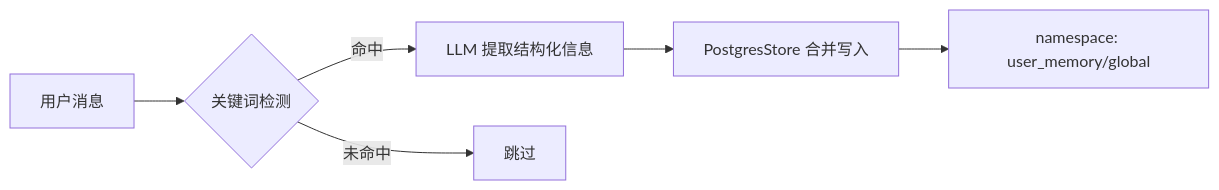
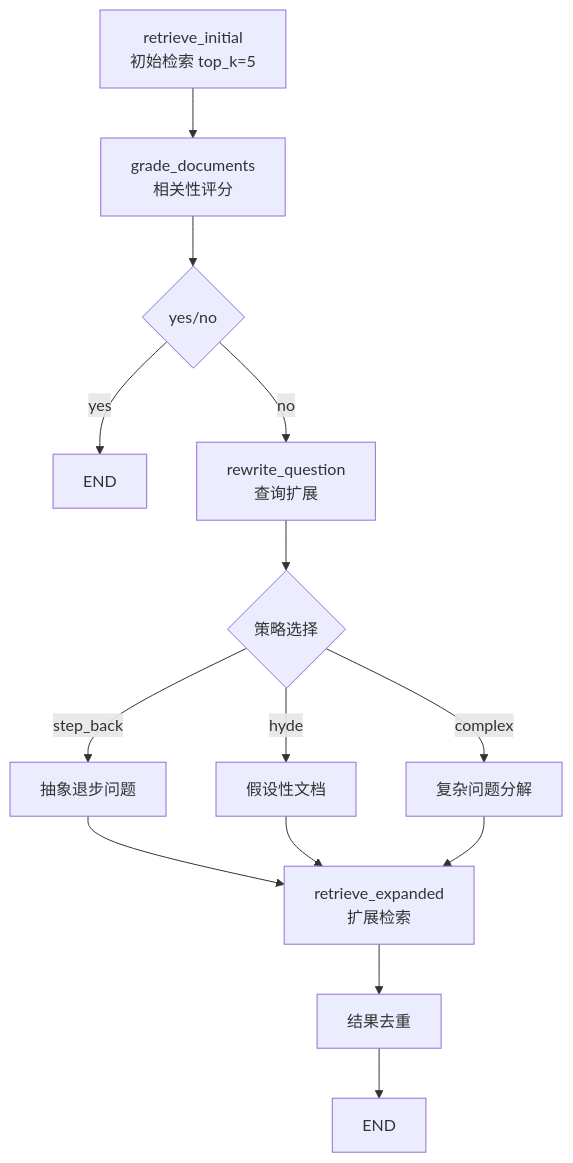
One commit to Chasen-Liao/SuperMew changed the second of 5 diagrams in README.md. Above: the diagram before and after it, drawn with Mermaid. The commit also changed other lines of this file and 2 other files, not shown here.

````diff
--- a/README.md
+++ b/README.md
@@ -396,8 +224,16 @@
 ```mermaid
-graph LR
-    A[用户消息] --> B{关键词检测}
-    B -->|命中| C[LLM 提取结构化信息]
-    B -->|未命中| D[跳过]
-    C --> E[PostgresStore 合并写入]
-    E --> F[namespace: user_memory/global]
+flowchart TD
+    A[retrieve_initial<br/>初始检索 top_k=5] --> B[grade_documents<br/>相关性评分]
+    B --> C{yes/no}
+    C -->|yes| D[END]
+    C -->|no| E[rewrite_question<br/>查询扩展]
+    E --> F{策略选择}
+    F -->|step_back| G[抽象退步问题]
+    F -->|hyde| H[假设性文档]
+    F -->|complex| I[复杂问题分解]
+    G --> J[retrieve_expanded<br/>扩展检索]
+    H --> J
+    I --> J
+    J --> K[结果去重]
+    K --> L[END]
 ```
````
